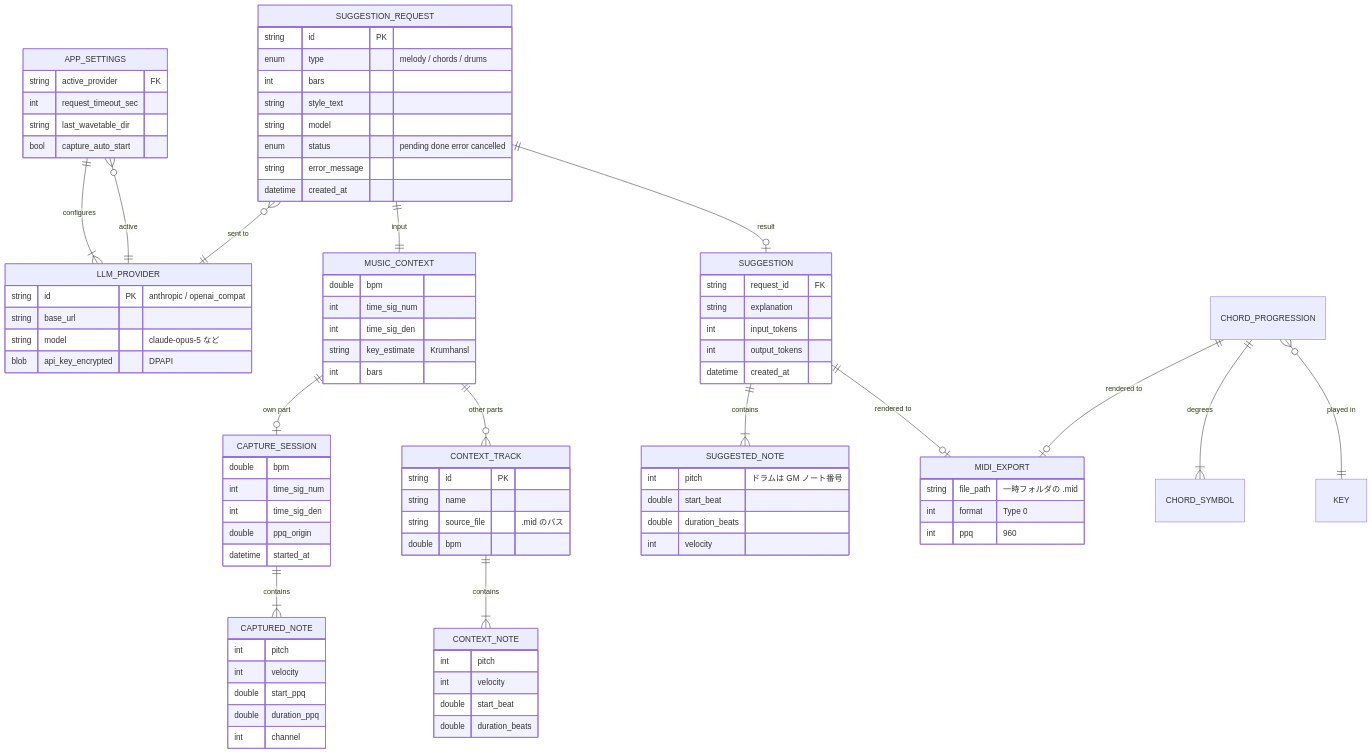
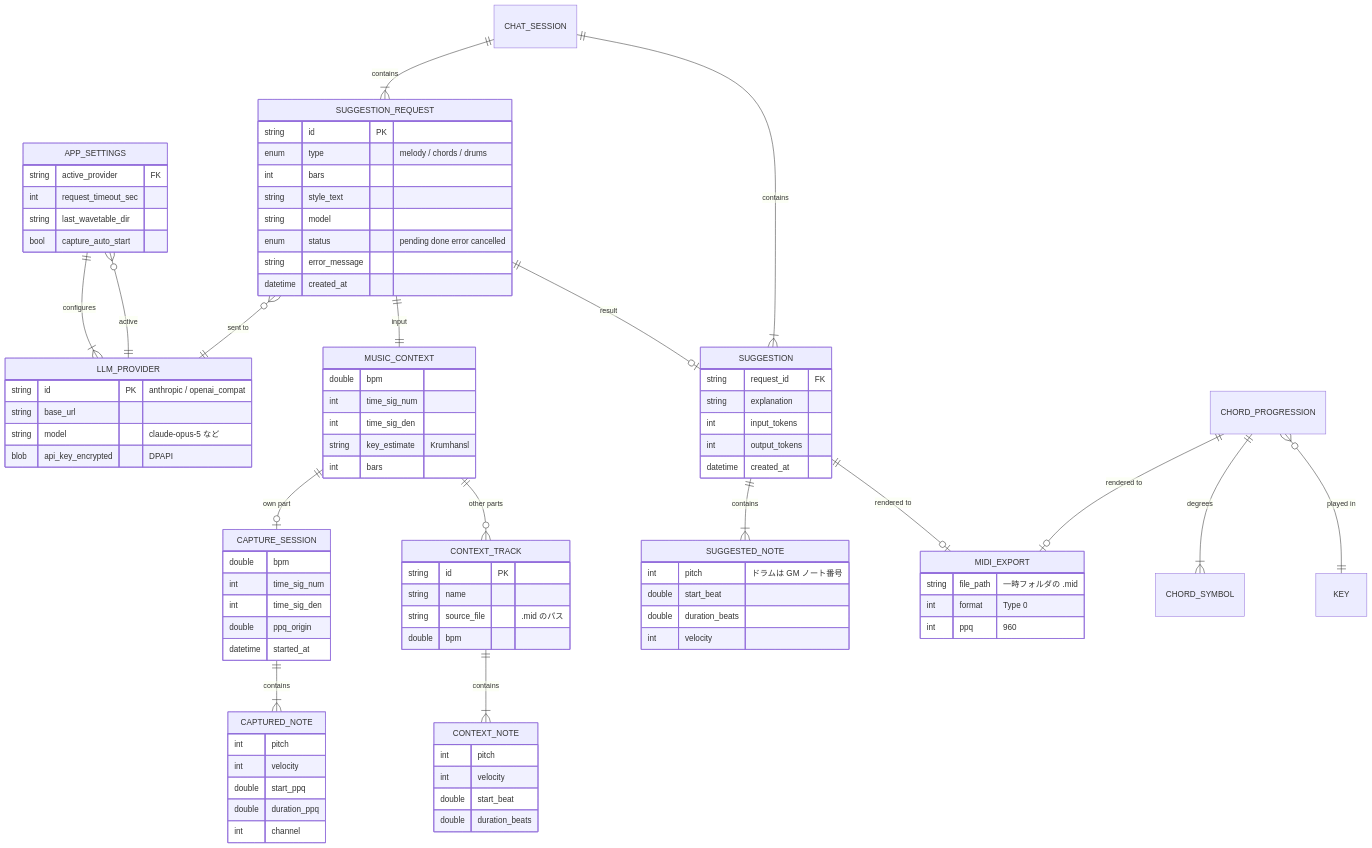
The third of 3 diagrams in docs/ER.md (kishimon02/Synth_VST), drawn with Mermaid before and after one commit. The commit also changed other lines of this file and 9 other files, not shown here.

```diff
--- a/docs/ER.md
+++ b/docs/ER.md
@@ -322,6 +323,8 @@
     CHORD_PROGRESSION ||--|{ CHORD_SYMBOL : "degrees"
     CHORD_PROGRESSION ||--o| MIDI_EXPORT : "rendered to"
     CHORD_PROGRESSION }o--|| KEY : "played in"
+    CHAT_SESSION ||--|{ SUGGESTION : "contains"
+    CHAT_SESSION ||--|{ SUGGESTION_REQUEST : "contains"
 
     APP_SETTINGS {
         string active_provider FK
```
